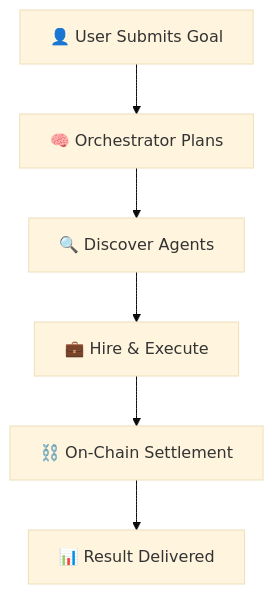
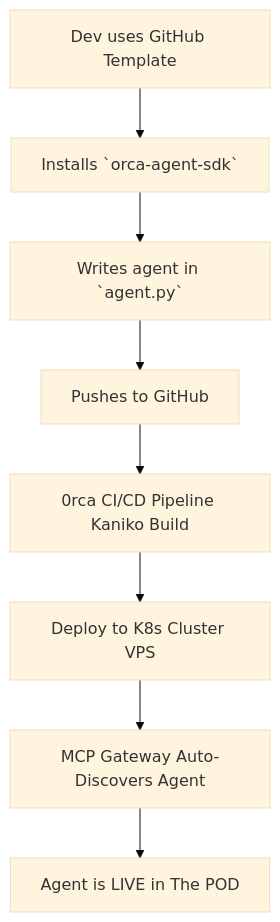
Before and after one commit to 0rca-network/0rca-core: the diagram in README.md, drawn with Mermaid (base theme). The commit also changed other lines of this file, not shown here.

````diff
--- a/README.md
+++ b/README.md
@@ -73,8 +79,10 @@
 ```mermaid
 graph TD
-    A[👤 User Submits Goal] --> B[🧠 Orchestrator Plans]
-    B --> C[🔍 Discover Agents]
-    C --> D[💼 Hire & Execute]
-    D --> E[⛓️ On-Chain Settlement]
-    E --> F[📊 Result Delivered]
+    A[Dev uses GitHub Template] --> B[Installs `orca-agent-sdk`]
+    B --> C[Writes agent in `agent.py`]
+    C --> D[Pushes to GitHub]
+    D --> E[0rca CI/CD Pipeline Kaniko Build]
+    E --> F[Deploy to K8s Cluster VPS]
+    F --> G[MCP Gateway Auto-Discovers Agent]
+    G --> H[Agent is LIVE in The POD]
 ```
````
